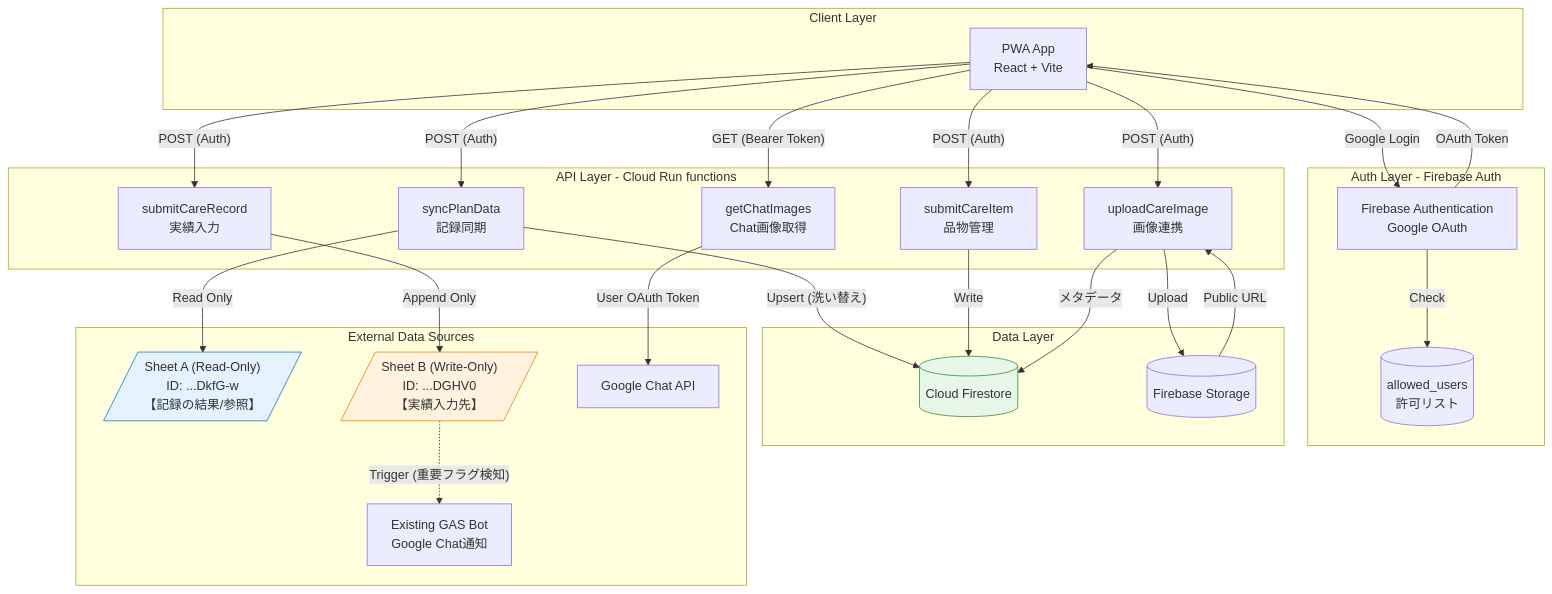
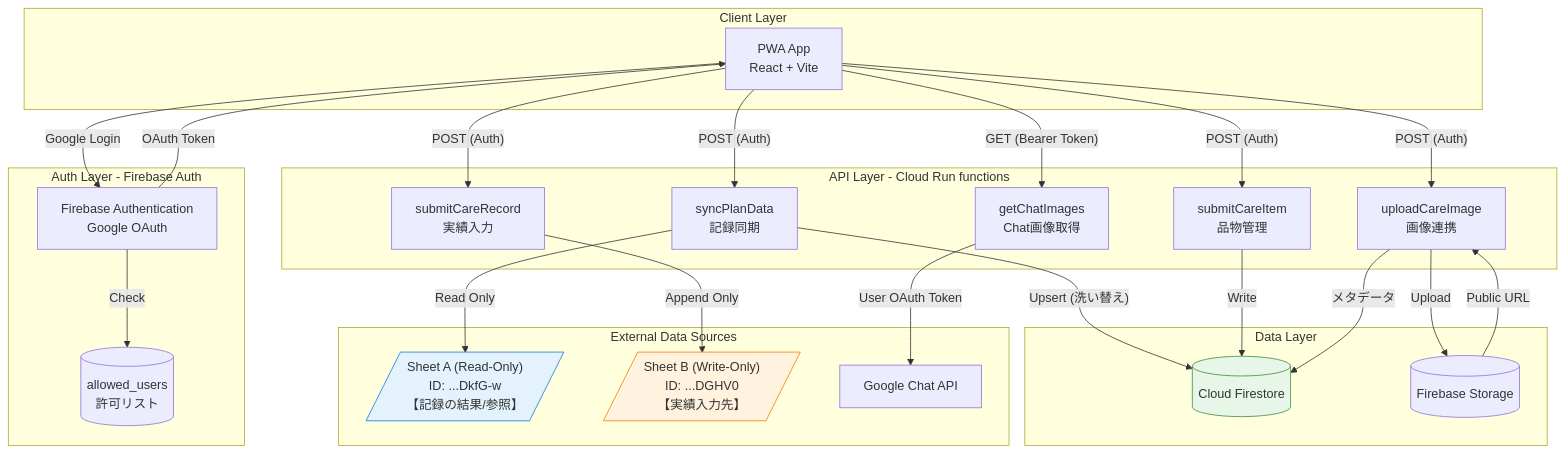
One commit to yasushihonda-acg/facility-care-input-form changed the first of 3 diagrams in docs/ARCHITECTURE.md. Above: the diagram before and after it, drawn with Mermaid. The commit also changed other lines of this file and 7 other files, not shown here.

````diff
--- a/docs/ARCHITECTURE.md
+++ b/docs/ARCHITECTURE.md
@@ -318,71 +317,69 @@
 ```mermaid
 graph TD
     subgraph "Client Layer"
         APP[PWA App<br/>React + Vite]
     end
 
     subgraph "Auth Layer - Firebase Auth"
         AUTH[Firebase Authentication<br/>Google OAuth]
         ALLOW[(allowed_users<br/>許可リスト)]
     end
 
     subgraph "API Layer - Cloud Run functions"
         FUNC_SYNC[syncPlanData<br/>記録同期]
         FUNC_CARE[submitCareRecord<br/>実績入力]
         FUNC_ITEM[submitCareItem<br/>品物管理]
         FUNC_IMG[uploadCareImage<br/>画像連携]
         FUNC_CHAT[getChatImages<br/>Chat画像取得]
     end
 
     subgraph "Data Layer"
         FS[(Cloud Firestore)]
         STORAGE[(Firebase Storage)]
     end
 
     subgraph "External Data Sources"
         SHEET_A[/"Sheet A (Read-Only)<br/>ID: ...DkfG-w<br/>【記録の結果/参照】"/]
         SHEET_B[/"Sheet B (Write-Only)<br/>ID: ...DGHV0<br/>【実績入力先】"/]
-        BOT[Existing GAS Bot<br/>Google Chat通知]
         CHAT[Google Chat API]
     end
 
     %% Authentication Flow
     APP -->|"Google Login"| AUTH
     AUTH -->|"Check"| ALLOW
     AUTH -->|"OAuth Token"| APP
 
     %% Client to Functions (Authenticated)
     APP -->|"POST (Auth)"| FUNC_SYNC
     APP -->|"POST (Auth)"| FUNC_CARE
     APP -->|"POST (Auth)"| FUNC_ITEM
     APP -->|"POST (Auth)"| FUNC_IMG
     APP -->|"GET (Bearer Token)"| FUNC_CHAT
 
     %% Flow A: Read-Only Sync
     FUNC_SYNC -->|"Read Only"| SHEET_A
     FUNC_SYNC -->|"Upsert (洗い替え)"| FS
 
     %% Flow B: Write-Only Log
     FUNC_CARE -->|"Append Only"| SHEET_B
-    SHEET_B -.->|"Trigger (重要フラグ検知)"| BOT
 
     %% Flow C: Item Management
     FUNC_ITEM -->|"Write"| FS
 
     %% Chat Images (OAuth)
     FUNC_CHAT -->|"User OAuth Token"| CHAT
 
     %% Image Flow
     FUNC_IMG -->|"Upload"| STORAGE
     STORAGE -->|"Public URL"| FUNC_IMG
     FUNC_IMG -->|"メタデータ"| FS
 
     %% Styling
     classDef readonly fill:#e3f2fd,stroke:#1976d2
     classDef writeonly fill:#fff3e0,stroke:#f57c00
     classDef firestore fill:#e8f5e9,stroke:#388e3c
 
     class SHEET_A readonly
     class SHEET_B writeonly
     class FS firestore
 ```
````
